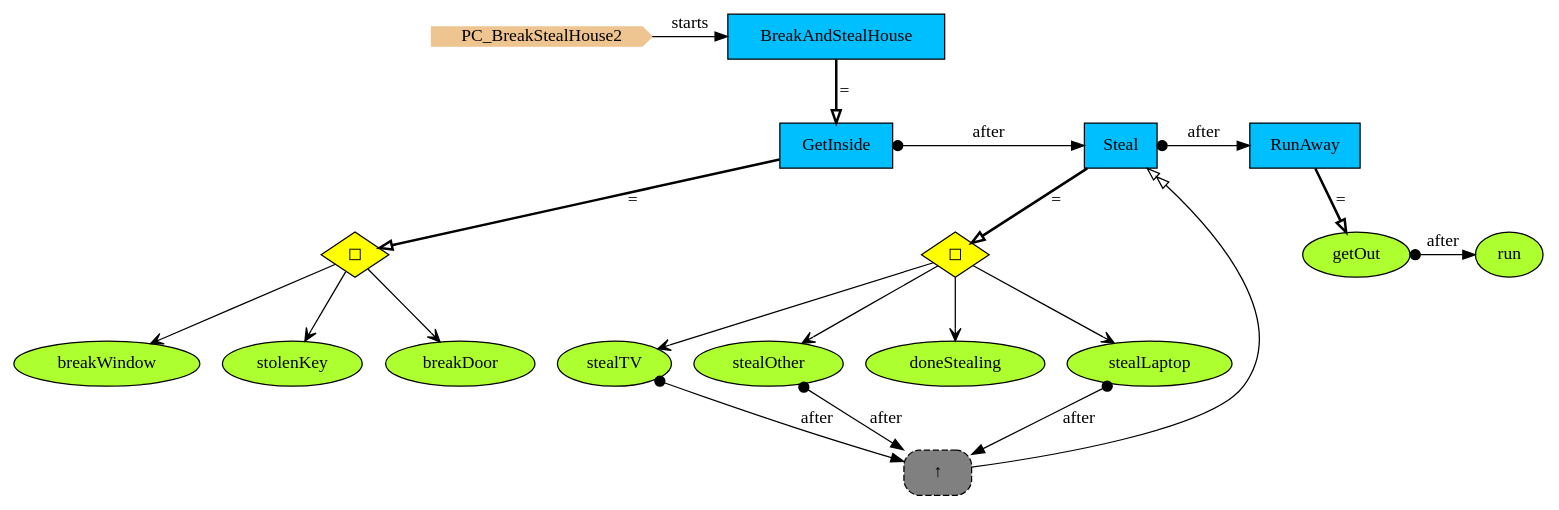
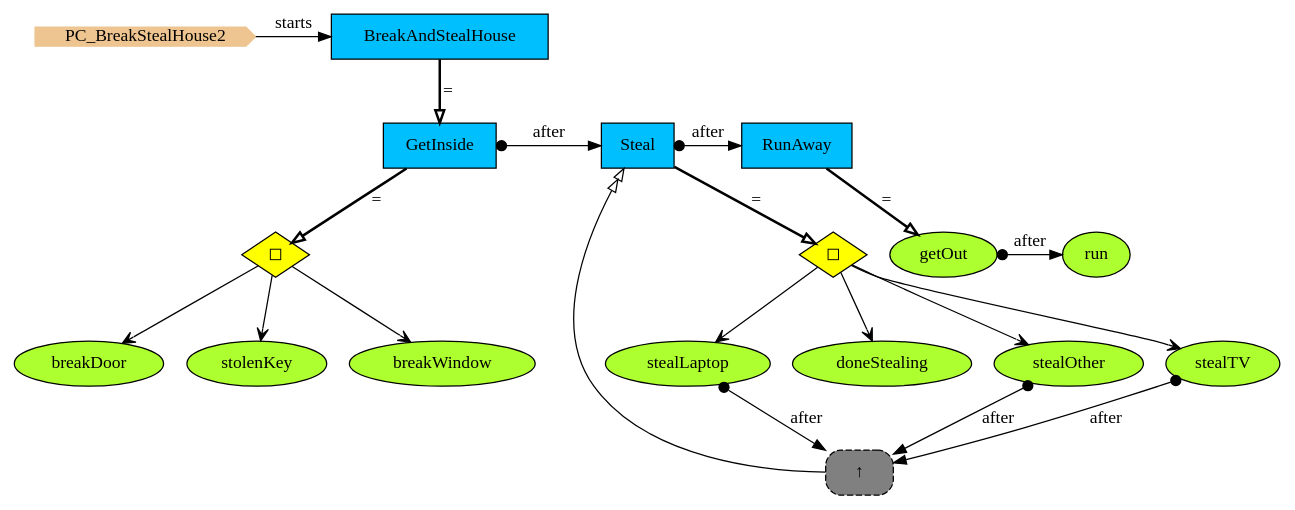
One commit to namalio/Fragmenta changed the diagram in Haskell/PCs/Examples/img/PC_BreakStealHouse2.gv. Above: the diagram before and after it, drawn with Graphviz. The commit also changed 246 other files, not shown here.

```diff
--- a/Haskell/PCs/Examples/img/PC_BreakStealHouse2.gv
+++ b/Haskell/PCs/Examples/img/PC_BreakStealHouse2.gv
@@ -1,44 +1,44 @@
 digraph {
 StartN_ [shape = cds,color=burlywood2,style=filled,height=.2,width=.2, label =PC_BreakStealHouse2];
+GetInside [shape=box,fillcolor=deepskyblue,style = filled,label="GetInside "];
+breakDoor [shape=ellipse,fillcolor=greenyellow,style = filled,label="breakDoor"];
+stolenKey [shape=ellipse,fillcolor=greenyellow,style = filled,label="stolenKey"];
+OpSteal [shape=diamond,fillcolor=yellow,style = filled,label="◻︎"];
+stealLaptop [shape=ellipse,fillcolor=greenyellow,style = filled,label="stealLaptop"];
+doneStealing [shape=ellipse,fillcolor=greenyellow,style = filled,label="doneStealing"];
+RunAway [shape=box,fillcolor=deepskyblue,style = filled,label="RunAway "];
+run [shape=ellipse,fillcolor=greenyellow,style = filled,label="run"];
+getOut [shape=ellipse,fillcolor=greenyellow,style = filled,label="getOut"];
+RefSteal [shape=rectangle,fillcolor=gray,style="rounded,filled,dashed",label="↑ "];
+stealOther [shape=ellipse,fillcolor=greenyellow,style = filled,label="stealOther"];
+stealTV [shape=ellipse,fillcolor=greenyellow,style = filled,label="stealTV"];
+Steal [shape=box,fillcolor=deepskyblue,style = filled,label="Steal "];
+breakWindow [shape=ellipse,fillcolor=greenyellow,style = filled,label="breakWindow"];
+OpGetInside [shape=diamond,fillcolor=yellow,style = filled,label="◻︎"];
 BreakAndStealHouse [shape=box,fillcolor=deepskyblue,style = filled,label="BreakAndStealHouse "];
-OpGetInside [shape=diamond,fillcolor=yellow,style = filled,label="◻︎"];
-breakWindow [shape=ellipse,fillcolor=greenyellow,style = filled,label="breakWindow"];
-Steal [shape=box,fillcolor=deepskyblue,style = filled,label="Steal "];
-stealTV [shape=ellipse,fillcolor=greenyellow,style = filled,label="stealTV"];
-stealOther [shape=ellipse,fillcolor=greenyellow,style = filled,label="stealOther"];
-RefSteal [shape=rectangle,fillcolor=gray,style="rounded,filled,dashed",label="↑ "];
-getOut [shape=ellipse,fillcolor=greenyellow,style = filled,label="getOut"];
-run [shape=ellipse,fillcolor=greenyellow,style = filled,label="run"];
-RunAway [shape=box,fillcolor=deepskyblue,style = filled,label="RunAway "];
-doneStealing [shape=ellipse,fillcolor=greenyellow,style = filled,label="doneStealing"];
-stealLaptop [shape=ellipse,fillcolor=greenyellow,style = filled,label="stealLaptop"];
-OpSteal [shape=diamond,fillcolor=yellow,style = filled,label="◻︎"];
-stolenKey [shape=ellipse,fillcolor=greenyellow,style = filled,label="stolenKey"];
-breakDoor [shape=ellipse,fillcolor=greenyellow,style = filled,label="breakDoor"];
-GetInside [shape=box,fillcolor=deepskyblue,style = filled,label="GetInside "];
 
 {rank=same;RunAway,Steal}
-{rank=same;Steal,RunAway,GetInside}
+{rank=same;RunAway,Steal,GetInside}
 {rank=same;run,getOut}
 {rank=same;BreakAndStealHouse,StartN_}
 
+Steal->RunAway[arrowtail=dot,dir=both,label="after"];
+stealOther->RefSteal[arrowtail=dot,dir=both,label="after"];
+stealTV->RefSteal[arrowtail=dot,dir=both,label="after"];
+OpSteal->stealOther[arrowhead="open"];
+OpSteal->stealTV[arrowhead="open"];
+OpGetInside->stolenKey[arrowhead="open"];
+OpGetInside->breakDoor[arrowhead="open"];
+GetInside->OpGetInside[arrowhead="onormal",penwidth=2,label="="];
+RunAway->getOut[arrowhead="onormal",penwidth=2,label="="];
+Steal->OpSteal[arrowhead="onormal",penwidth=2,label="="];
+BreakAndStealHouse->GetInside[arrowhead="onormal",penwidth=2,label="="];
+StartN_->BreakAndStealHouse[label="starts"];
+OpGetInside->breakWindow[arrowhead="open"];
+GetInside->Steal[arrowtail=dot,dir=both,label="after"];
+OpSteal->stealLaptop[arrowhead="open"];
+OpSteal->doneStealing[arrowhead="open"];
+stealLaptop->RefSteal[arrowtail=dot,dir=both,label="after"];
+RefSteal->Steal[arrowhead="normalnormal",fillcolor=white,label=" "];
 getOut->run[arrowtail=dot,dir=both,label="after"];
-RefSteal->Steal[arrowhead="normalnormal",fillcolor=white,label=" "];
-stealLaptop->RefSteal[arrowtail=dot,dir=both,label="after"];
-OpSteal->doneStealing[arrowhead="open"];
-OpSteal->stealLaptop[arrowhead="open"];
-GetInside->Steal[arrowtail=dot,dir=both,label="after"];
-OpGetInside->breakWindow[arrowhead="open"];
-StartN_->BreakAndStealHouse[label="starts"];
-BreakAndStealHouse->GetInside[arrowhead="onormal",penwidth=2,label="="];
-Steal->OpSteal[arrowhead="onormal",penwidth=2,label="="];
-RunAway->getOut[arrowhead="onormal",penwidth=2,label="="];
-GetInside->OpGetInside[arrowhead="onormal",penwidth=2,label="="];
-OpGetInside->breakDoor[arrowhead="open"];
-OpGetInside->stolenKey[arrowhead="open"];
-OpSteal->stealTV[arrowhead="open"];
-OpSteal->stealOther[arrowhead="open"];
-stealTV->RefSteal[arrowtail=dot,dir=both,label="after"];
-stealOther->RefSteal[arrowtail=dot,dir=both,label="after"];
-Steal->RunAway[arrowtail=dot,dir=both,label="after"];
 }
```
